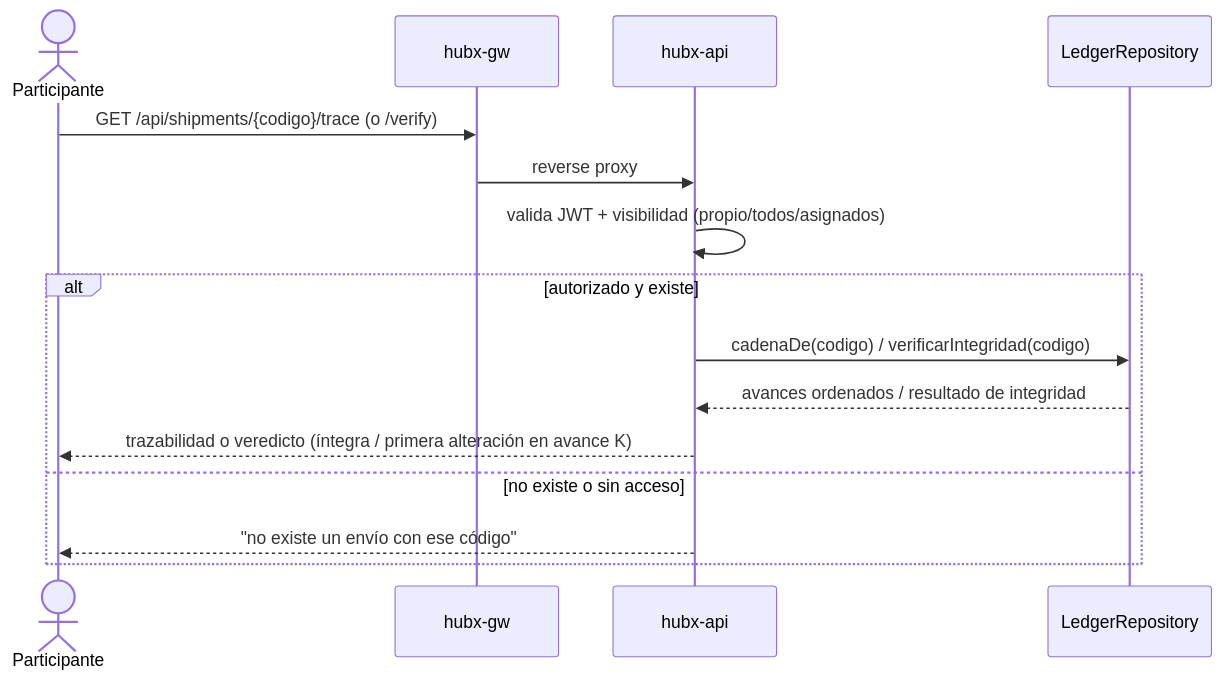
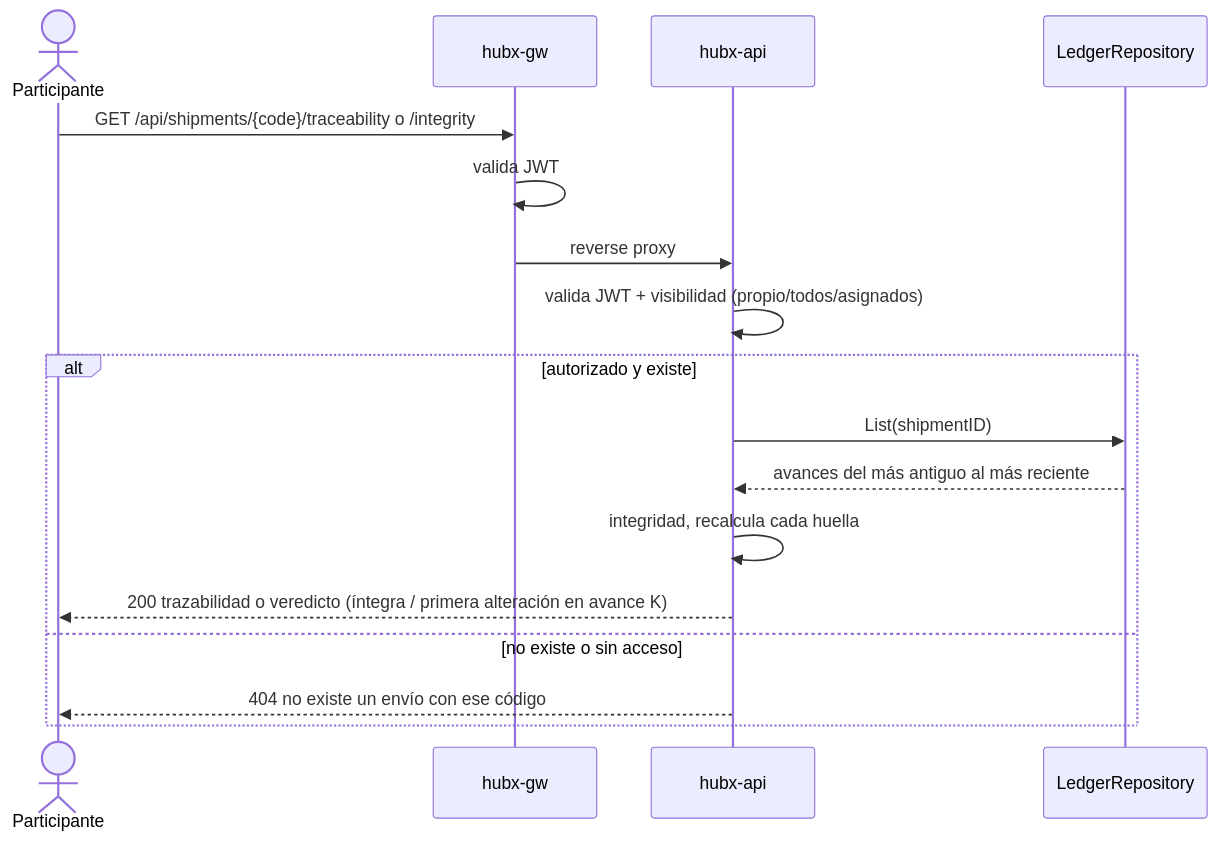
One commit to JairoHGomezCastillo/hubx changed the fourth of 6 diagrams in docs/diagramas/04-flujos-aplicacion.md. Above: the diagram before and after it, drawn with Mermaid. The commit also changed other lines of this file and 6 other files, not shown here.

Commit message:
[agent:hubx-lead] 011 update docs/diagramas to the current state

````diff
--- a/docs/diagramas/04-flujos-aplicacion.md
+++ b/docs/diagramas/04-flujos-aplicacion.md
@@ -87,18 +99,20 @@
 ```mermaid
 sequenceDiagram
     actor P as Participante
     participant GW as hubx-gw
     participant API as hubx-api
     participant LR as LedgerRepository
 
-    P->>GW: GET /api/shipments/{codigo}/trace  (o /verify)
+    P->>GW: GET /api/shipments/{code}/traceability o /integrity
+    GW->>GW: valida JWT
     GW->>API: reverse proxy
     API->>API: valida JWT + visibilidad (propio/todos/asignados)
     alt autorizado y existe
-        API->>LR: cadenaDe(codigo) / verificarIntegridad(codigo)
-        LR-->>API: avances ordenados / resultado de integridad
-        API-->>P: trazabilidad o veredicto (íntegra / primera alteración en avance K)
+        API->>LR: List(shipmentID)
+        LR-->>API: avances del más antiguo al más reciente
+        API->>API: integridad, recalcula cada huella
+        API-->>P: 200 trazabilidad o veredicto (íntegra / primera alteración en avance K)
     else no existe o sin acceso
-        API-->>P: "no existe un envío con ese código"
+        API-->>P: 404 no existe un envío con ese código
     end
 ```
````
